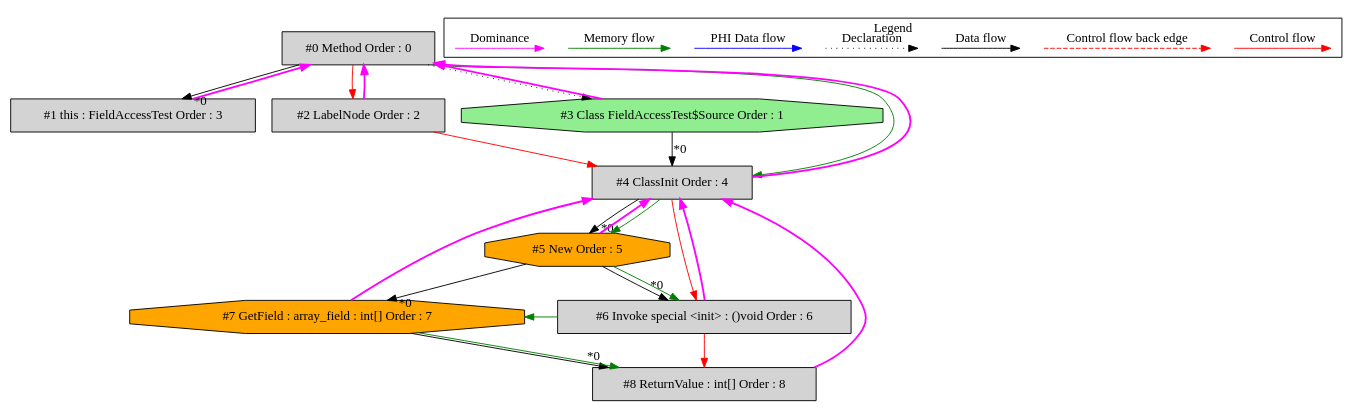
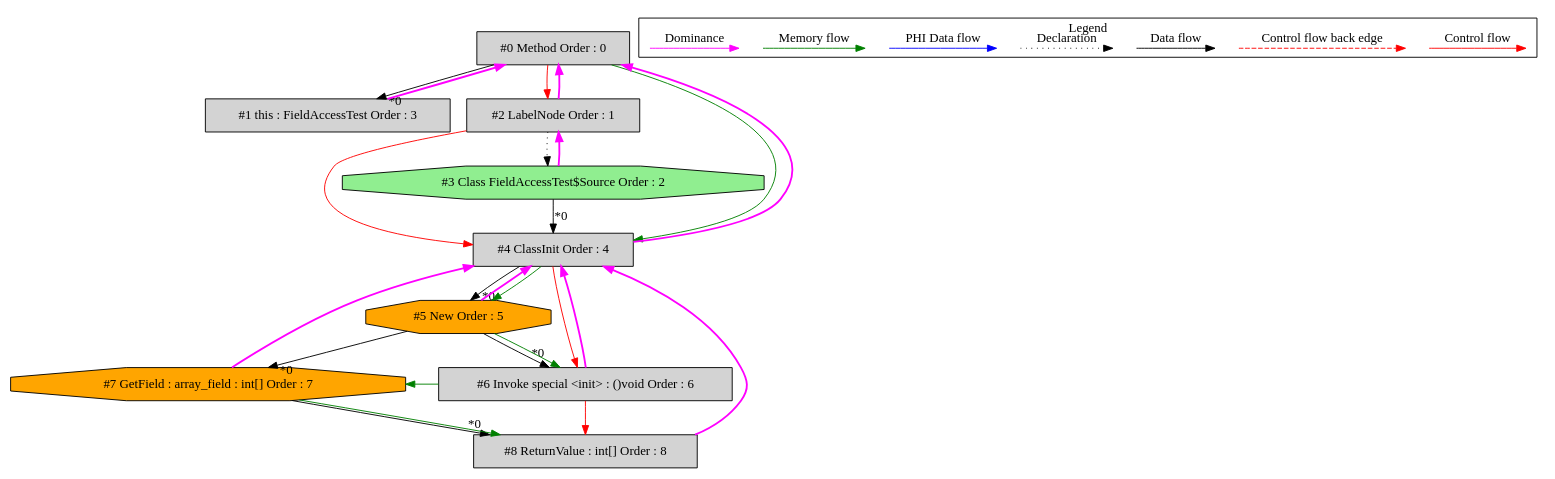
The diagram in de.mirkosertic.metair.ir.examples.FieldAccessTest/return_array/ir_dominatortree.dot (mirkosertic/MetaIR), drawn with Graphviz before and after one commit. The commit also changed 1370 other files, not shown here.

```diff
--- a/de.mirkosertic.metair.ir.examples.FieldAccessTest/return_array/ir_dominatortree.dot
+++ b/de.mirkosertic.metair.ir.examples.FieldAccessTest/return_array/ir_dominatortree.dot
@@ -1,65 +1,65 @@
 digraph debugoutput {
  ordering="in";
  node0[label="#0 Method Order : 0",shape=box, fillcolor=lightgrey, style=filled];
  node1[label="#1 this : FieldAccessTest Order : 3",shape=box, fillcolor=lightgrey, style=filled];
  node1 -> node0[dir="forward" color="fuchsia" penwidth="2"];
  node0 -> node1[headlabel="*0", labeldistance=2];
- node2[label="#2 LabelNode Order : 2",shape=box, fillcolor=lightgrey, style=filled];
+ node2[label="#2 LabelNode Order : 1",shape=box, fillcolor=lightgrey, style=filled];
  node2 -> node0[dir="forward" color="fuchsia" penwidth="2"];
  node0 -> node2[labeldistance=2, color=red, fontcolor=red];
- node3[label="#3 Class FieldAccessTest$Source Order : 1",shape=octagon, fillcolor=lightgreen, style=filled];
- node3 -> node0[dir="forward" color="fuchsia" penwidth="2"];
- node0 -> node3[style=dotted];
+ node3[label="#3 Class FieldAccessTest$Source Order : 2",shape=octagon, fillcolor=lightgreen, style=filled];
+ node3 -> node2[dir="forward" color="fuchsia" penwidth="2"];
+ node2 -> node3[style=dotted];
  node4[label="#4 ClassInit Order : 4",shape=box, fillcolor=lightgrey, style=filled];
  node4 -> node0[dir="forward" color="fuchsia" penwidth="2"];
  node3 -> node4[headlabel="*0", labeldistance=2];
  node2 -> node4[labeldistance=2, color=red, fontcolor=red];
  node0 -> node4[labeldistance=2, color=green, constraint=false];
  node5[label="#5 New Order : 5",shape=octagon, fillcolor=orange, style=filled];
  node5 -> node4[dir="forward" color="fuchsia" penwidth="2"];
  node4 -> node5[headlabel="*0", labeldistance=2];
  node4 -> node5[labeldistance=2, color=green, constraint=false];
  node6[label="#6 Invoke special <init> : ()void Order : 6",shape=box, fillcolor=lightgrey, style=filled];
  node6 -> node4[dir="forward" color="fuchsia" penwidth="2"];
  node5 -> node6[headlabel="*0", labeldistance=2];
  node4 -> node6[labeldistance=2, color=red, fontcolor=red];
  node5 -> node6[labeldistance=2, color=green, constraint=false];
  node7[label="#7 GetField : array_field : int[] Order : 7",shape=octagon, fillcolor=orange, style=filled];
  node7 -> node4[dir="forward" color="fuchsia" penwidth="2"];
  node5 -> node7[headlabel="*0", labeldistance=2];
  node6 -> node7[labeldistance=2, color=green, constraint=false];
  node8[label="#8 ReturnValue : int[] Order : 8",shape=box, fillcolor=lightgrey, style=filled];
  node8 -> node4[dir="forward" color="fuchsia" penwidth="2"];
  node7 -> node8[headlabel="*0", labeldistance=2];
  node6 -> node8[labeldistance=2, color=red, fontcolor=red];
  node7 -> node8[labeldistance=2, color=green, constraint=false];
  subgraph cluster_000 {
   label = "Legend";
   node [shape=point]
   {
    rank=same;
    c0 [style = invis];
    c1 [style = invis];
    c2 [style = invis];
    c3 [style = invis];
    d0 [style = invis];
    d1 [style = invis];
    d2 [style = invis];
    d3 [style = invis];
    d4 [style = invis];
    d5 [style = invis];
    d6 [style = invis];
    d7 [style = invis];
    d8 [style = invis];
    d9 [style = invis];
   }
   c0 -> c1 [label="Control flow", style=solid, color=red]
   c2 -> c3 [label="Control flow back edge", style=dashed, color=red]
   d0 -> d1 [label="Data flow"]
   d2 -> d3 [label="Declaration", style=dotted]
   d4 -> d5 [label="PHI Data flow", color=blue]
   d6 -> d7 [label="Memory flow", color=green]
   d8 -> d9 [label="Dominance", color=fuchsia, style=solid]
  }
 
 }
```
